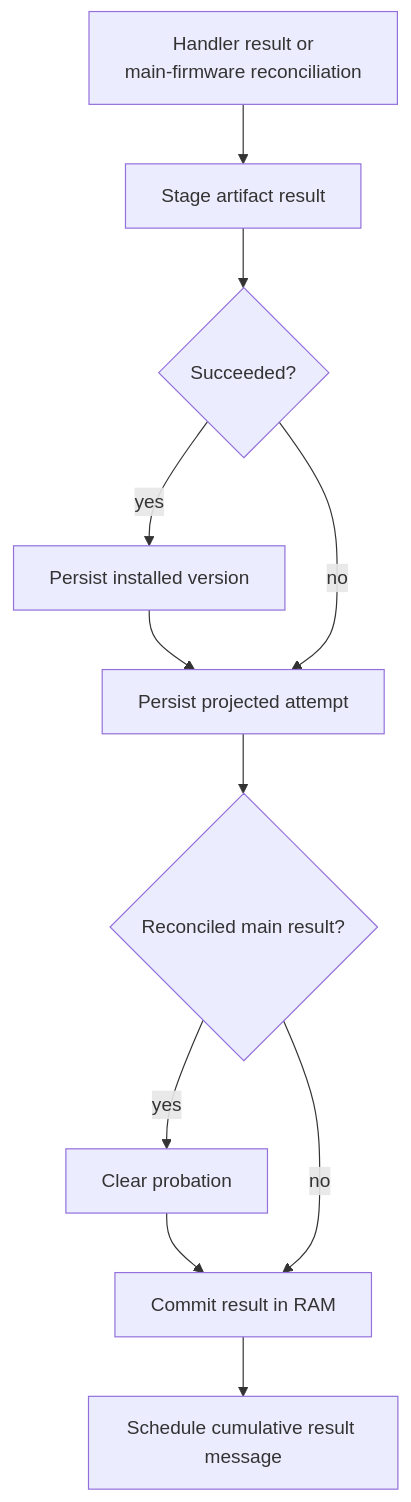
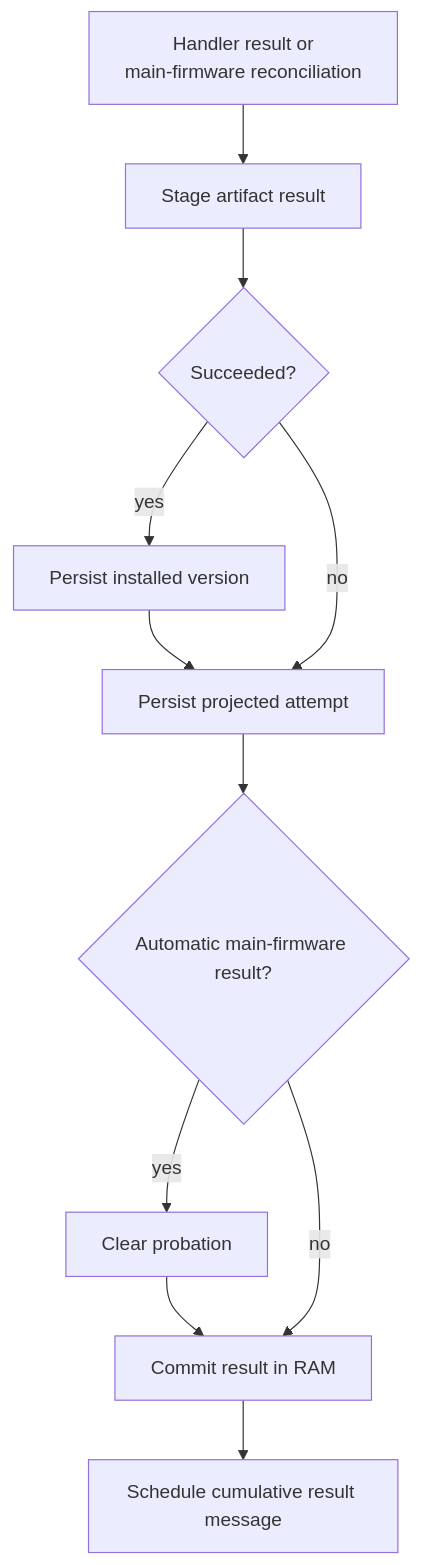
Diagram 11 of 11 in zephyr/docs/ota.md (spotflow-io/device-sdk), drawn with Mermaid before and after one commit. The commit also changed other lines of this file and 10 other files, not shown here.

First line of the commit message:
Retain main firmware handler ownership until reboot

````diff
--- a/zephyr/docs/ota.md
+++ b/zephyr/docs/ota.md
@@ -708,20 +718,20 @@
 ```mermaid
 flowchart TD
     source["Handler result or<br/>main-firmware reconciliation"]
     stage["Stage artifact result"]
     version{"Succeeded?"}
     saveVersion["Persist installed version"]
     saveAttempt["Persist projected attempt"]
-    probation{"Reconciled main result?"}
+    probation{"Automatic main-firmware result?"}
     clear["Clear probation"]
     commit["Commit result in RAM"]
     report["Schedule cumulative result message"]
 
     source --> stage --> version
     version -- yes --> saveVersion --> saveAttempt
     version -- no --> saveAttempt
     saveAttempt --> probation
     probation -- yes --> clear --> commit
     probation -- no --> commit
     commit --> report
 ```
````
